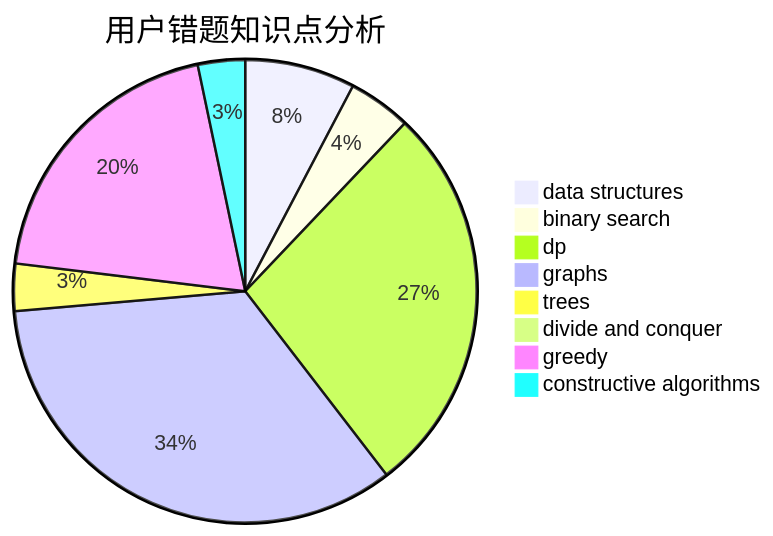
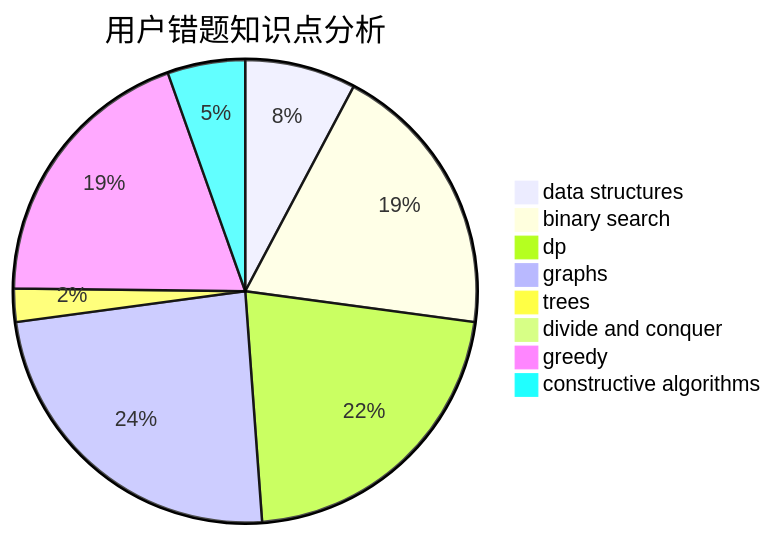
The third of 3 diagrams in docs/user/u1488.md (sherpahu/cfrs.github.io), drawn with Mermaid before and after one commit. The commit also changed other lines of this file and 2770 other files, not shown here.

````diff
--- a/docs/user/u1488.md
+++ b/docs/user/u1488.md
@@ -36,11 +36,11 @@
 ```mermaid
 pie title 用户错题知识点分析
-    "data structures" :  7
-    "binary search" :  4
-    "dp" :  25
+    "data structures" :  10
+    "binary search" :  25
+    "dp" :  28
     "graphs" :  31
     "trees" :  3
     "divide and conquer" :  0
-    "greedy" :  18
-    "constructive algorithms" :  3
+    "greedy" :  25
+    "constructive algorithms" :  7
 ```
````
